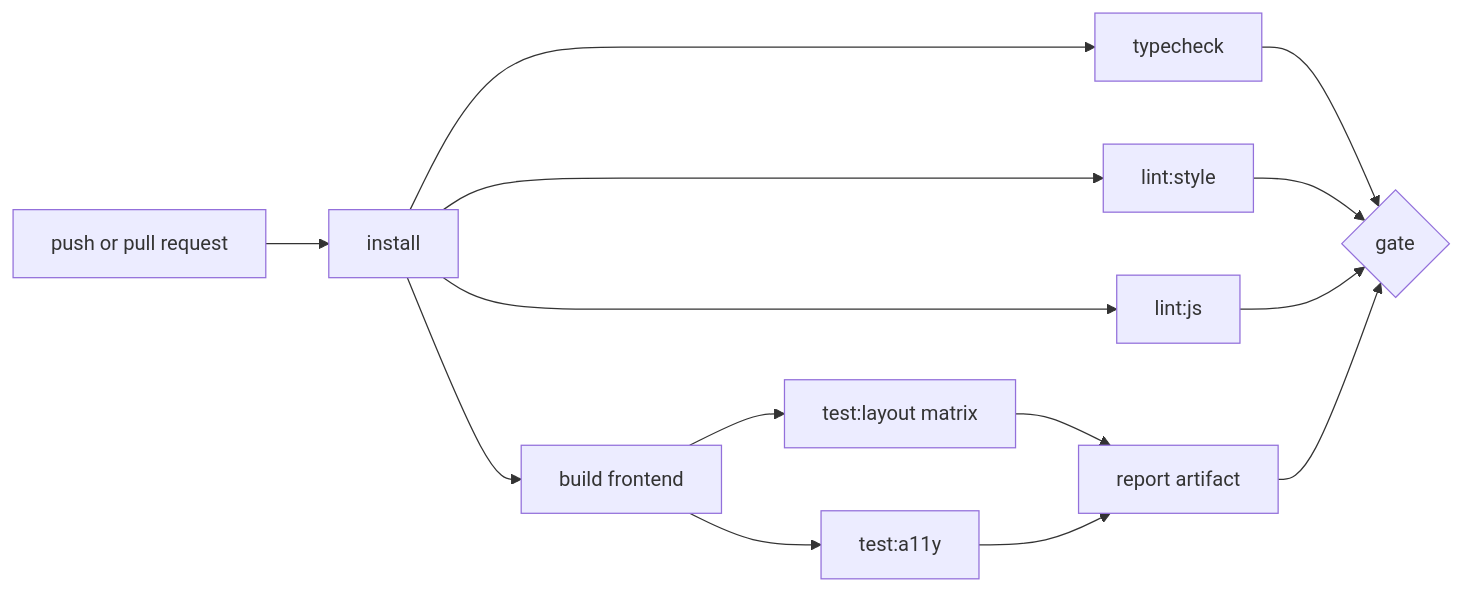
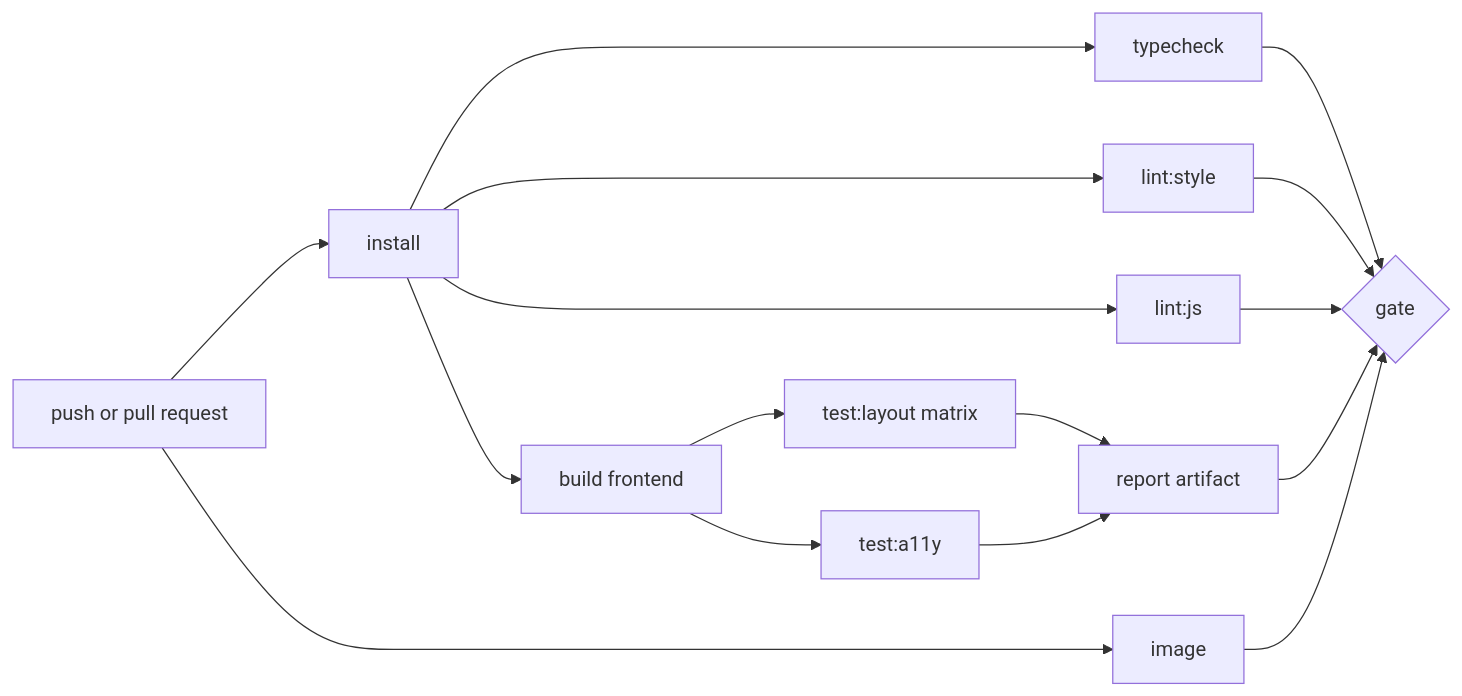
Before and after one commit to heavycaffeiner/Docknight: the second of 2 diagrams in docs/proposals/docknight-8-design-verification.md, drawn with Mermaid. The commit also changed other lines of this file and 25 other files, not shown here.

````diff
--- a/docs/proposals/docknight-8-design-verification.md
+++ b/docs/proposals/docknight-8-design-verification.md
@@ -475,16 +475,18 @@
 ```mermaid
 flowchart LR
     A[push or pull request] --> B[install]
     B --> C[typecheck]
     B --> D[lint:style]
     B --> E[lint:js]
     B --> F[build frontend]
     F --> G[test:layout matrix]
     F --> I[test:a11y]
+    A --> L[image]
     C --> K{gate}
     D --> K
     E --> K
     G --> J[report artifact]
     I --> J
     J --> K
+    L --> K
 ```
````
